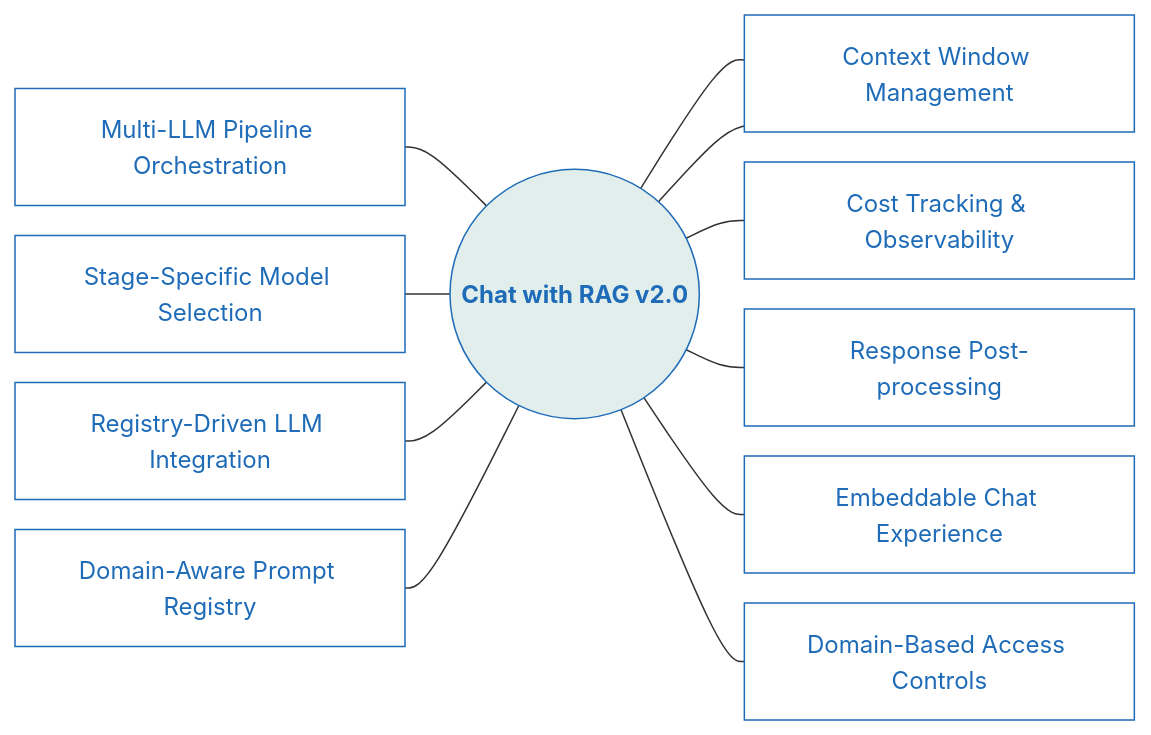
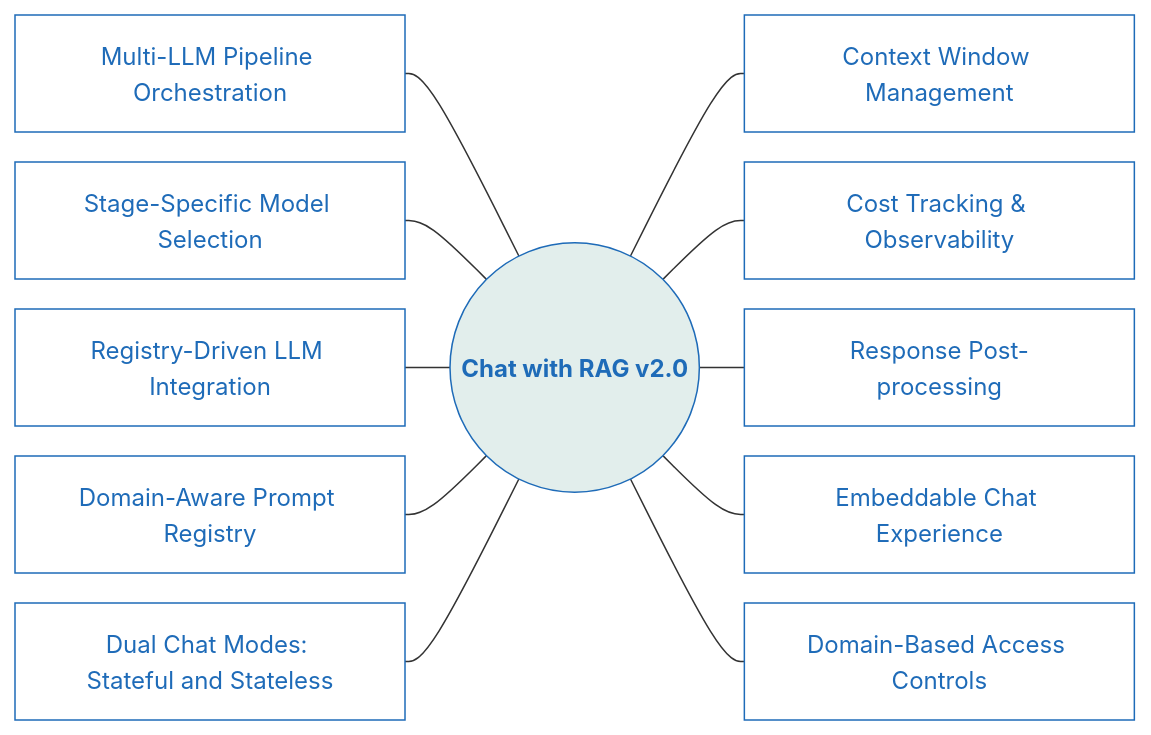
One commit to vrraj/chat-with-rag changed the first of 3 diagrams in README.md. Above: the diagram before and after it, drawn with Mermaid.

Commit message:
Fix Mermaid diagram numbering in README

````diff
--- a/README.md
+++ b/README.md
@@ -45,31 +45,31 @@
 ```mermaid
 %%{init: {'themeVariables': { 'nodePadding': '5', 'mainBkg': '#fff'}, 'flowchart': { 'curve': 'basis', 'rankSpacing': 30, 'nodeSpacing': 20}}}%%
 graph LR
     %% Lightened Theme Styling
     %% Core: Light Mint/White (#f0fff4) with Teal border (#159957)
     classDef core fill:#e2eeec,stroke:#1e6bb8,stroke-width:1px,color:#1e6bb8,font-weight:bold,fsize:18px;
     
     %% Features: Clean white with softer Blue borders (#1e6bb8)
     classDef feat fill:#ffffff,stroke:#1e6bb8,stroke-width:1px,color:#1e6bb8,fsize:14px;
 
     %% Left-side spokes
     F1[Multi-LLM Pipeline Orchestration] --- Core
     F2[Stage-Specific Model Selection] --- Core
     F3[Registry-Driven LLM Integration] --- Core
     F4[Domain-Aware Prompt Registry] --- Core
     F5[Dual Chat Modes: Stateful and Stateless] --- Core
 
     %% The Hub (Now Light & Airy)
     Core((Chat with RAG v2.0))
 
     %% Right-side spokes
-    Core --- F5[Context Window Management]
-    Core --- F6[Cost Tracking & Observability]
-    Core --- F7[Response Post-processing]
-    Core --- F8[Embeddable Chat Experience]
-    Core --- F9[Domain-Based Access Controls]
+    Core --- F6[Context Window Management]
+    Core --- F7[Cost Tracking & Observability]
+    Core --- F8[Response Post-processing]
+    Core --- F9[Embeddable Chat Experience]
+    Core --- F10[Domain-Based Access Controls]
 
     %% Applying styles
     class Core core;
-    class F1,F2,F3,F4,F5,F6,F7,F8,F9 feat;
+    class F1,F2,F3,F4,F5,F6,F7,F8,F9,F10 feat;
 ```
````
